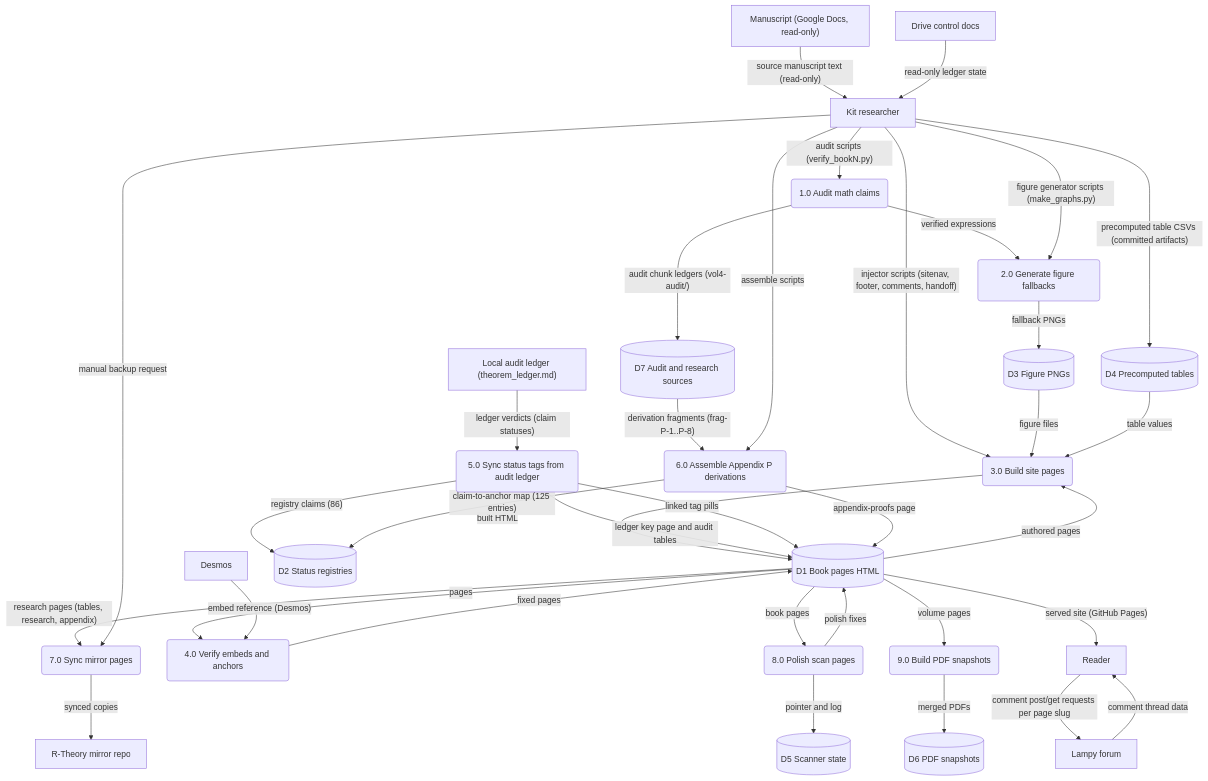
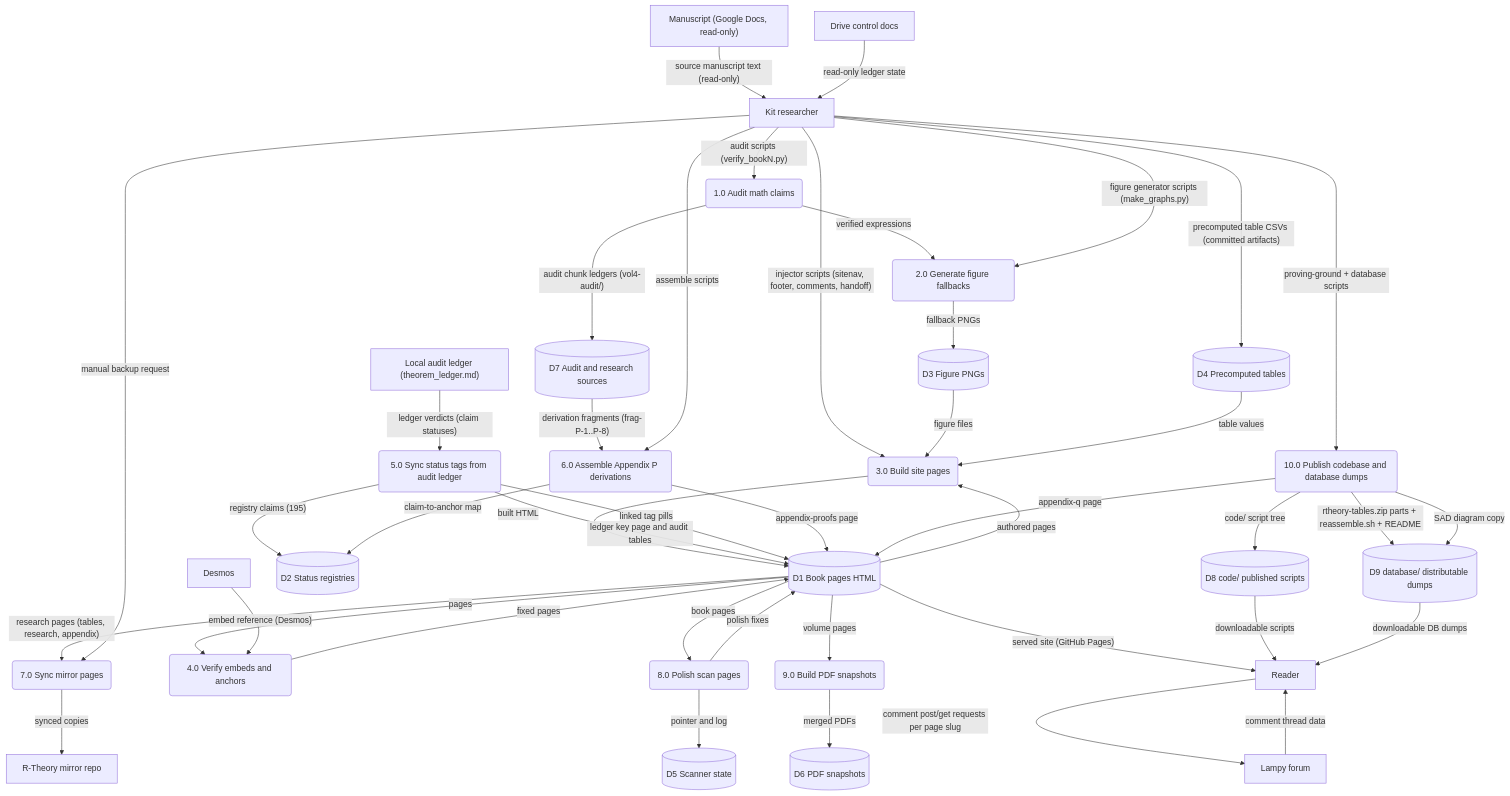
The second of 3 diagrams in docs/architecture.md (cosbykit-afk/r-theory-rewrite), drawn with Mermaid before and after one commit. The commit also changed other lines of this file, not shown here.

Commit message:
docs: update SAD architecture diagrams (Books 23-24, Volume V, Appendix Q code/, database/ dumps)

````diff
--- a/docs/architecture.md
+++ b/docs/architecture.md
@@ -32,62 +35,72 @@
 ```mermaid
 flowchart
     E1["Kit researcher"]
     E2["Reader"]
     E3["Lampy forum"]
     E4["Desmos"]
     E5["Drive control docs"]
     E6["R-Theory mirror repo"]
     E7["Manuscript (Google Docs, read-only)"]
     E8["Local audit ledger (theorem_ledger.md)"]
     P1("1.0 Audit math claims")
     P2("2.0 Generate figure fallbacks")
     P3("3.0 Build site pages")
     P4("4.0 Verify embeds and anchors")
     P5("5.0 Sync status tags from audit ledger")
     P6("6.0 Assemble Appendix P derivations")
     P7("7.0 Sync mirror pages")
     P8("8.0 Polish scan pages")
     P9("9.0 Build PDF snapshots")
+    P10("10.0 Publish codebase and database dumps")
     D1[("D1 Book pages HTML")]
     D2[("D2 Status registries")]
     D3[("D3 Figure PNGs")]
     D4[("D4 Precomputed tables")]
     D5[("D5 Scanner state")]
     D6[("D6 PDF snapshots")]
     D7[("D7 Audit and research sources")]
+    D8[("D8 code/ published scripts")]
+    D9[("D9 database/ distributable dumps")]
     E7 -->|"source manuscript text (read-only)"| E1
     E5 -->|"read-only ledger state"| E1
     E1 -->|"audit scripts (verify_bookN.py)"| P1
     P1 -->|"verified expressions"| P2
     P1 -->|"audit chunk ledgers (vol4-audit/)"| D7
     E1 -->|"figure generator scripts (make_graphs.py)"| P2
     P2 -->|"fallback PNGs"| D3
     E1 -->|"injector scripts (sitenav, footer, comments, handoff)"| P3
     D3 -->|"figure files"| P3
     D4 -->|"table values"| P3
     D1 -->|"authored pages"| P3
     P3 -->|"built HTML"| D1
     D1 -->|"pages"| P4
     E4 -->|"embed reference (Desmos)"| P4
     P4 -->|"fixed pages"| D1
     E8 -->|"ledger verdicts (claim statuses)"| P5
-    P5 -->|"registry claims (86)"| D2
+    P5 -->|"registry claims (195)"| D2
     P5 -->|"ledger key page and audit tables"| D1
     P5 -->|"linked tag pills"| D1
     D7 -->|"derivation fragments (frag-P-1..P-8)"| P6
     E1 -->|"assemble scripts"| P6
     P6 -->|"appendix-proofs page"| D1
-    P6 -->|"claim-to-anchor map (125 entries)"| D2
+    P6 -->|"claim-to-anchor map"| D2
     D1 -->|"research pages (tables, research, appendix)"| P7
     E1 -->|"manual backup request"| P7
     P7 -->|"synced copies"| E6
     D1 -->|"book pages"| P8
     P8 -->|"polish fixes"| D1
     P8 -->|"pointer and log"| D5
     D1 -->|"volume pages"| P9
     P9 -->|"merged PDFs"| D6
     D1 -->|"served site (GitHub Pages)"| E2
     E1 -->|"precomputed table CSVs (committed artifacts)"| D4
+    E1 -->|"proving-ground + database scripts"| P10
+    P10 -->|"code/ script tree"| D8
+    P10 -->|"appendix-q page"| D1
+    P10 -->|"rtheory-tables.zip parts + reassemble.sh + README"| D9
+    P10 -->|"SAD diagram copy"| D9
+    D8 -->|"downloadable scripts"| E2
+    D9 -->|"downloadable DB dumps"| E2
     E2 -->|"comment post/get requests per page slug"| E3
     E3 -->|"comment thread data"| E2
 ```
````
